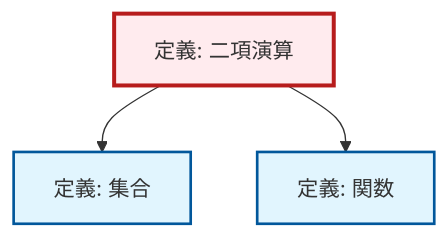
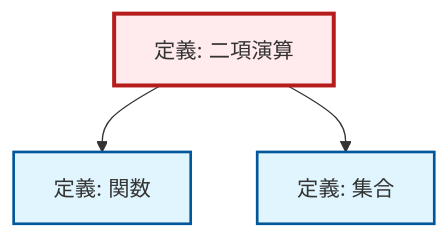
Before and after one commit to RK0429/ModernMath: the diagram in content/ja/algebra/def-binary-operation.qmd, drawn with Mermaid. The commit also changed other lines of this file and 1012 other files, not shown here.

````diff
--- a/content/ja/algebra/def-binary-operation.qmd
+++ b/content/ja/algebra/def-binary-operation.qmd
@@ -61,17 +61,17 @@
 ```{mermaid}
 %%| fig-cap: "Local dependency graph"
 graph TD
     classDef definition fill:#e1f5fe,stroke:#01579b,stroke-width:2px
     classDef theorem fill:#f3e5f5,stroke:#4a148c,stroke-width:2px
     classDef axiom fill:#fff3e0,stroke:#e65100,stroke-width:2px
     classDef example fill:#e8f5e9,stroke:#1b5e20,stroke-width:2px
     classDef current fill:#ffebee,stroke:#b71c1c,stroke-width:3px
+    def-binary-operation["定義: 二項演算"]:::definition
     def-function["定義: 関数"]:::definition
-    def-binary-operation["定義: 二項演算"]:::definition
     def-set["定義: 集合"]:::definition
+    def-binary-operation --> def-function
     def-binary-operation --> def-set
-    def-binary-operation --> def-function
     class def-binary-operation current
     click def-function "def-function.html" "関数の定義へ"
     click def-set "def-set.html" "集合の定義へ"
 ```
````
